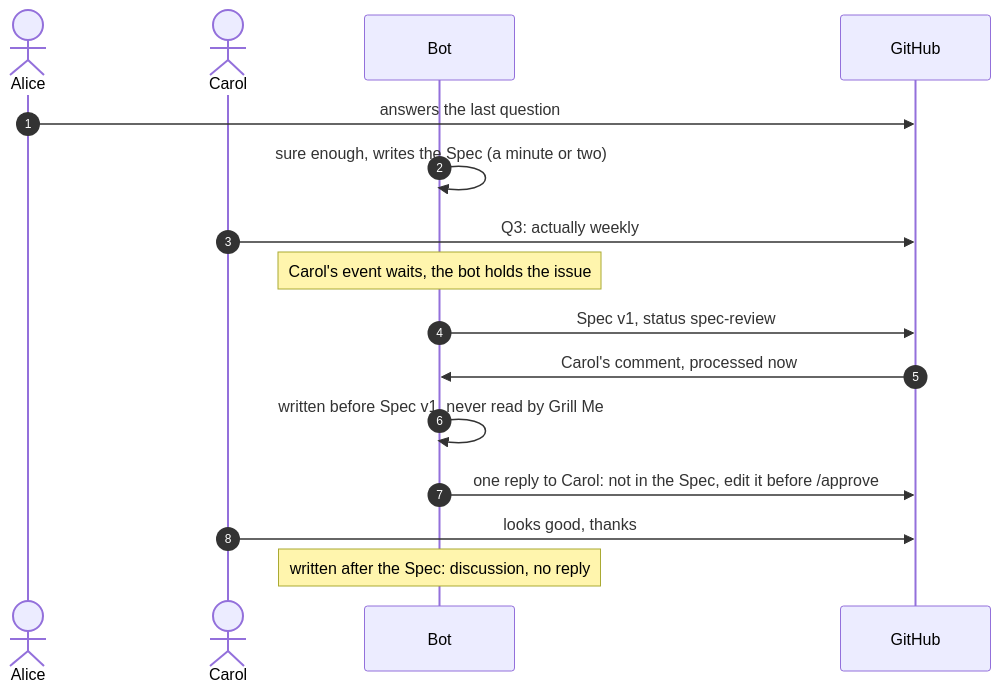
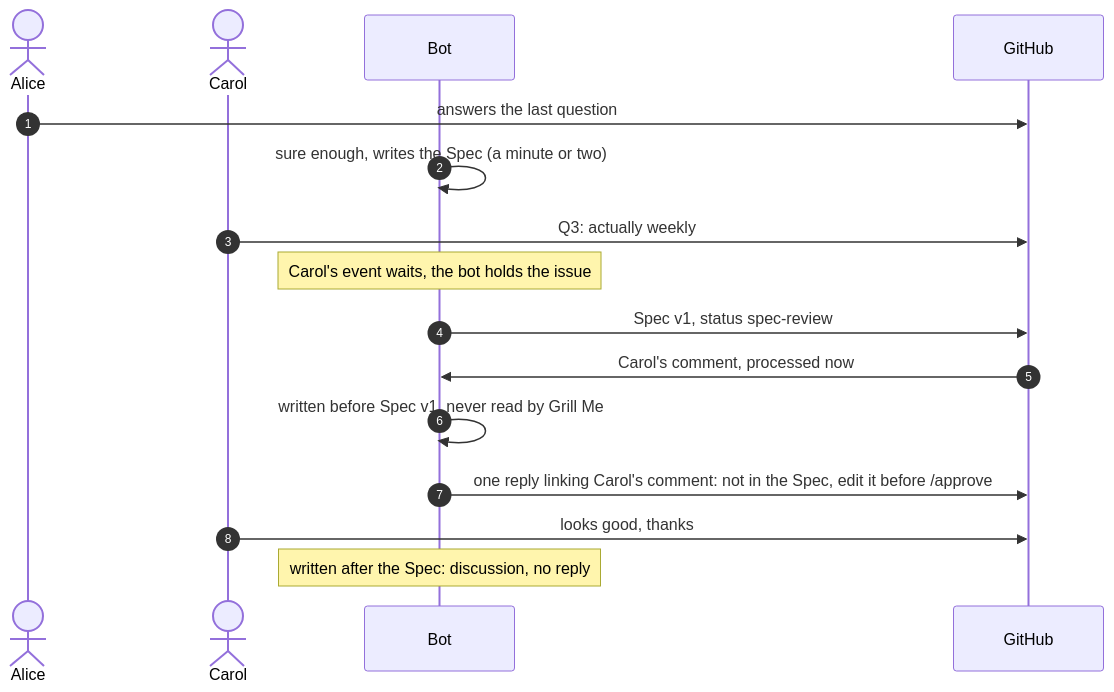
The fifth of 5 diagrams in docs/specs/spec-github-agent-spec-plan-approvals.md (Hugoer/sdd-agent), drawn with Mermaid before and after one commit. The commit also changed other lines of this file and 11 other files, not shown here.

Commit message:
feat: spec 7 P39: every reply links the comment it answers ("[Your `/approve`](…)", "[your comment](…)")

````diff
--- a/docs/specs/spec-github-agent-spec-plan-approvals.md
+++ b/docs/specs/spec-github-agent-spec-plan-approvals.md
@@ -788,18 +796,18 @@
 ```mermaid
 sequenceDiagram
     autonumber
     actor A as Alice
     actor C as Carol
     participant Bot
     participant GH as GitHub
     A->>GH: answers the last question
     Bot->>Bot: sure enough, writes the Spec (a minute or two)
     C->>GH: Q3: actually weekly
     Note over Bot: Carol's event waits, the bot holds the issue
     Bot->>GH: Spec v1, status spec-review
     GH->>Bot: Carol's comment, processed now
     Bot->>Bot: written before Spec v1, never read by Grill Me
-    Bot->>GH: one reply to Carol: not in the Spec, edit it before /approve
+    Bot->>GH: one reply linking Carol's comment: not in the Spec, edit it before /approve
     C->>GH: looks good, thanks
     Note over Bot: written after the Spec: discussion, no reply
 ```
````
